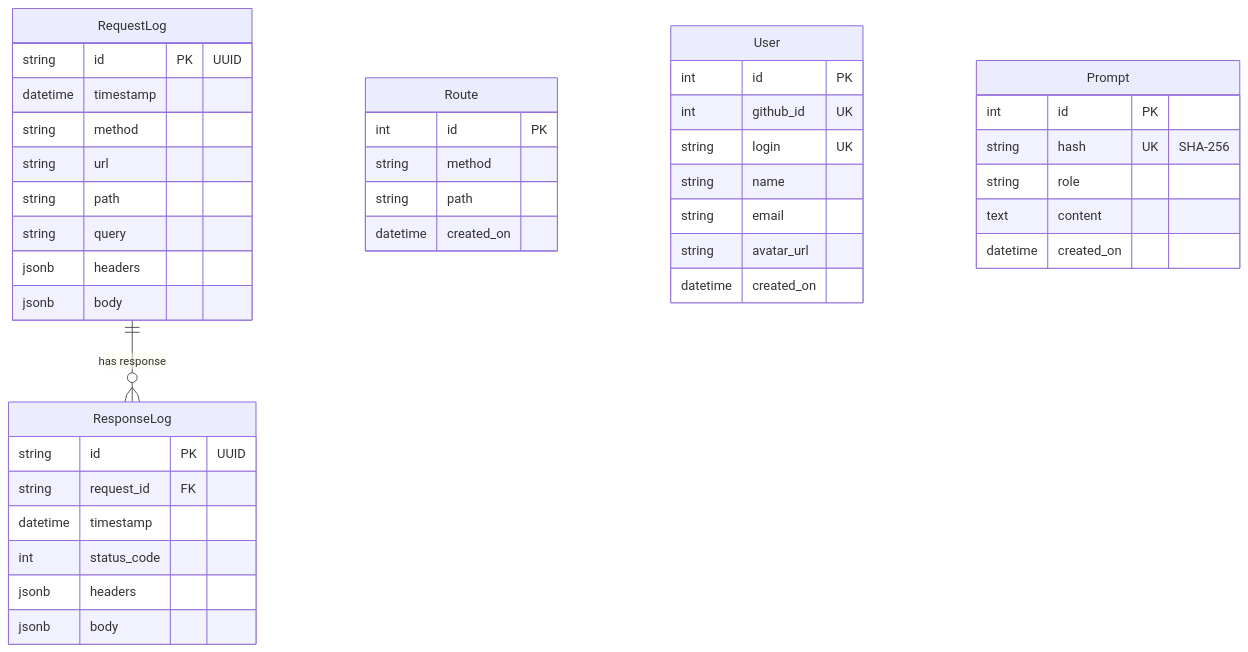
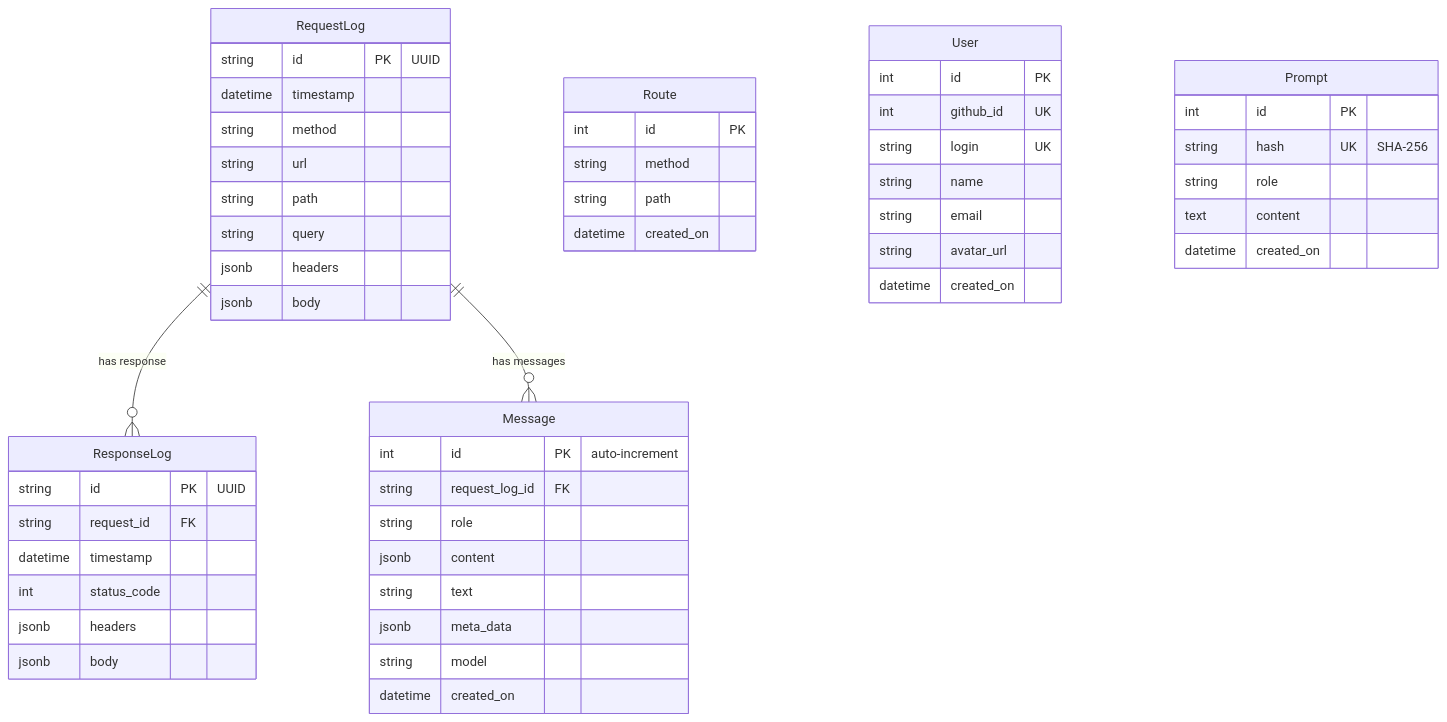
The first of 2 diagrams in docs/database.md (bitspire-team/bitspire-learn), drawn with Mermaid before and after one commit. The commit also changed other lines of this file and 24 other files, not shown here.

````diff
--- a/docs/database.md
+++ b/docs/database.md
@@ -13,44 +13,55 @@
 ```mermaid
 erDiagram
     RequestLog {
         string id PK "UUID"
         datetime timestamp
         string method
         string url
         string path
         string query
         jsonb headers
         jsonb body
     }
     ResponseLog {
         string id PK "UUID"
         string request_id FK
         datetime timestamp
         int status_code
         jsonb headers
         jsonb body
+    }
+    Message {
+        int id PK "auto-increment"
+        string request_log_id FK
+        string role
+        jsonb content
+        string text
+        jsonb meta_data
+        string model
+        datetime created_on
     }
     Route {
         int id PK
         string method
         string path
         datetime created_on
     }
     User {
         int id PK
         int github_id UK
         string login UK
         string name
         string email
         string avatar_url
         datetime created_on
     }
     Prompt {
         int id PK
         string hash UK "SHA-256"
         string role
         text content
         datetime created_on
     }
     RequestLog ||--o{ ResponseLog : "has response"
+    RequestLog ||--o{ Message : "has messages"
 ```
````
